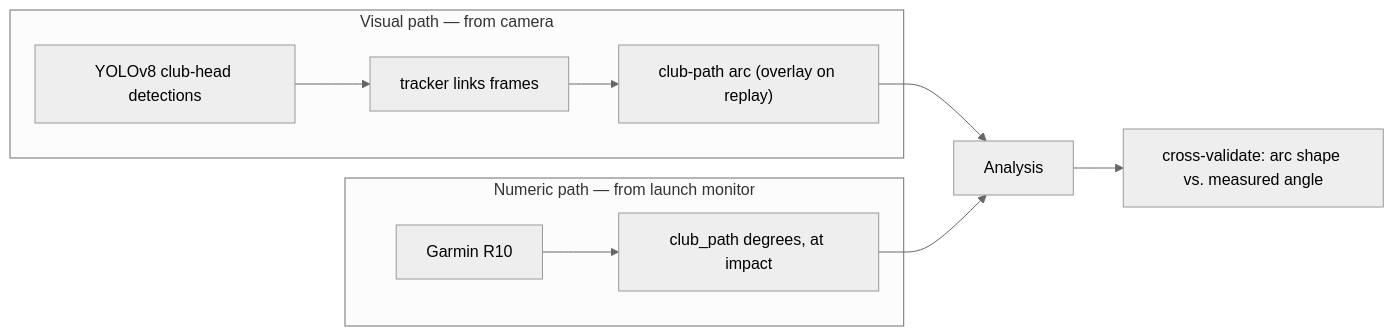
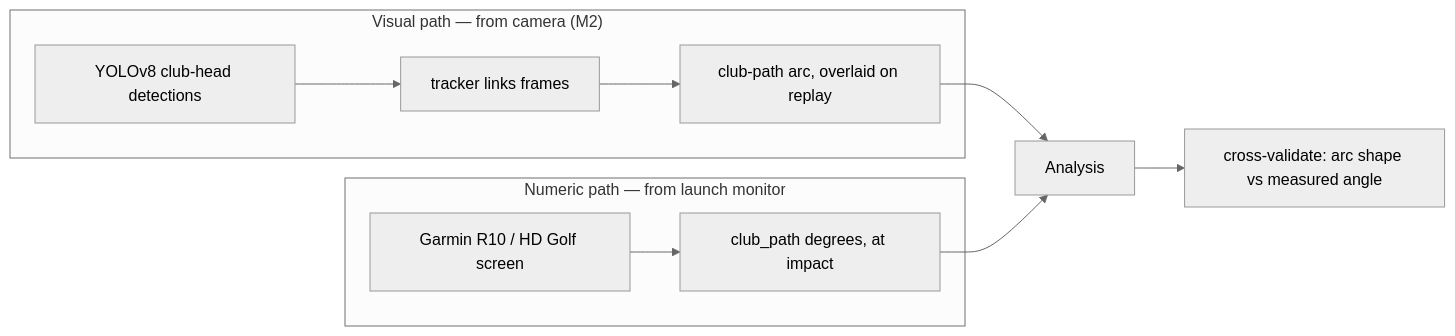
Before and after one commit to MildTreeRat/golf-coach: the fifth of 5 diagrams in docs/FLOW.md, drawn with Mermaid (neutral theme). The commit also changed other lines of this file and 16 other files, not shown here.

````diff
--- a/docs/FLOW.md
+++ b/docs/FLOW.md
@@ -151,12 +291,12 @@
 ```mermaid
 flowchart LR
-    subgraph Visual["Visual path — from camera"]
-        Y["YOLOv8 club-head detections"] --> T["tracker links frames"] --> ARC["club-path arc (overlay on replay)"]
+    subgraph Visual["Visual path — from camera (M2)"]
+        Y["YOLOv8 club-head detections"] --> T["tracker links frames"] --> ARC["club-path arc, overlaid on replay"]
     end
     subgraph Numeric["Numeric path — from launch monitor"]
-        R["Garmin R10"] --> CP["club_path degrees, at impact"]
+        R["Garmin R10 / HD Golf screen"] --> CP["club_path degrees, at impact"]
     end
     ARC --> ANA["Analysis"]
     CP --> ANA
-    ANA --> X["cross-validate: arc shape vs. measured angle"]
+    ANA --> X["cross-validate: arc shape vs measured angle"]
 ```
````
